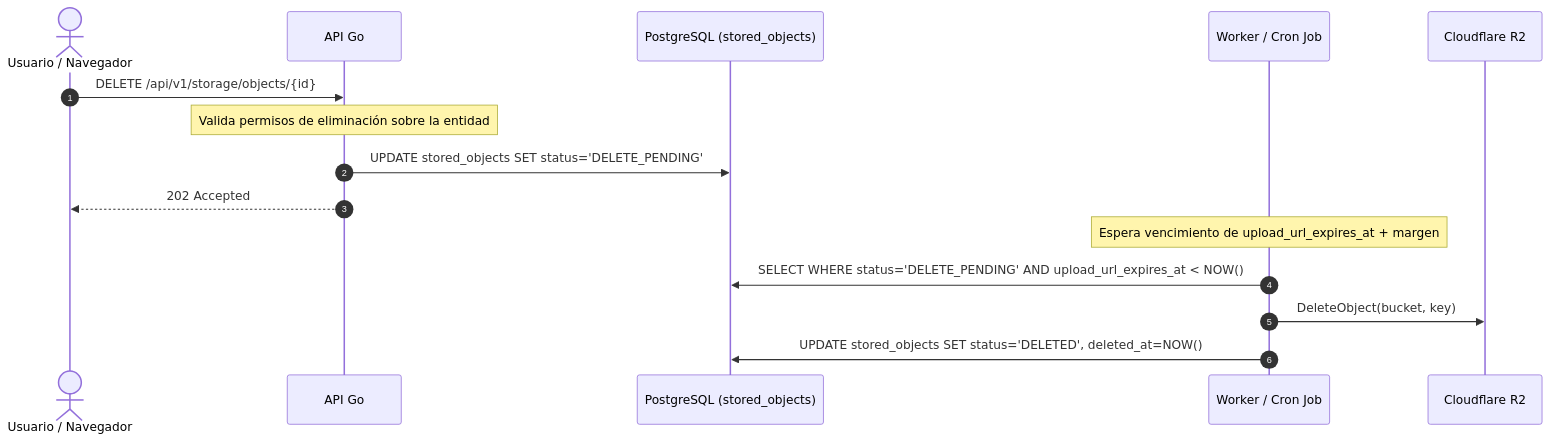
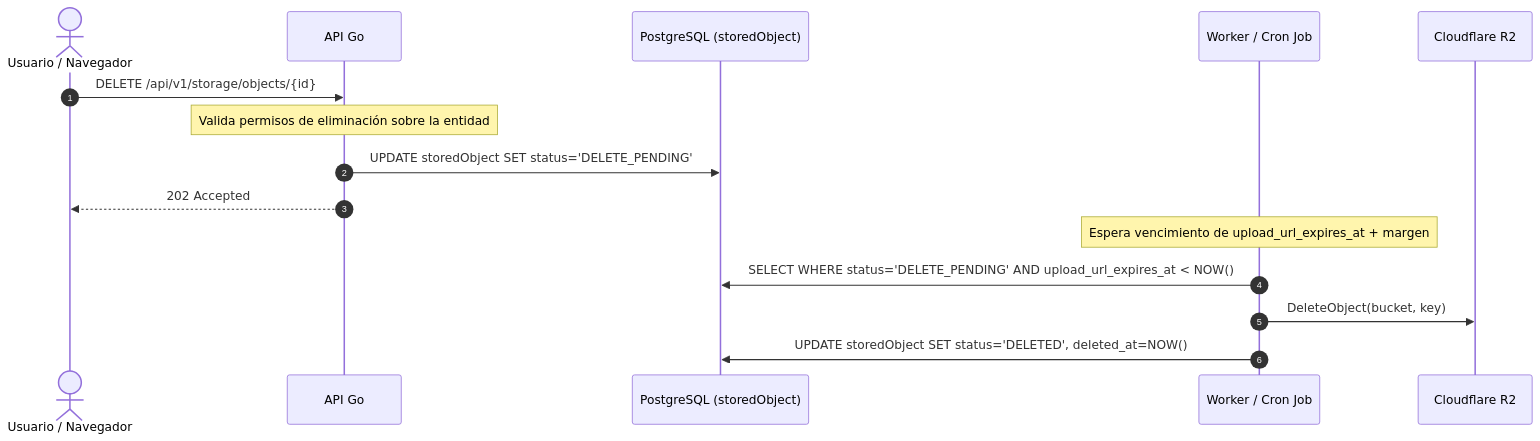
One commit to tallerdecalderas/technical-service-system changed the third of 3 diagrams in docs/ingeneri/storage.md. Above: the diagram before and after it, drawn with Mermaid. The commit also changed other lines of this file and 8 other files, not shown here.

````diff
--- a/docs/ingeneri/storage.md
+++ b/docs/ingeneri/storage.md
@@ -111,19 +111,19 @@
 ```mermaid
 sequenceDiagram
     autonumber
     actor U as Usuario / Navegador
     participant G as API Go
-    participant DB as PostgreSQL (stored_objects)
+    participant DB as PostgreSQL (storedObject)
     participant W as Worker / Cron Job
     participant R2 as Cloudflare R2
 
     U->>G: DELETE /api/v1/storage/objects/{id}
     Note over G: Valida permisos de eliminación sobre la entidad
-    G->>DB: UPDATE stored_objects SET status='DELETE_PENDING'
+    G->>DB: UPDATE storedObject SET status='DELETE_PENDING'
     G-->>U: 202 Accepted
 
     Note over W: Espera vencimiento de upload_url_expires_at + margen
     W->>DB: SELECT WHERE status='DELETE_PENDING' AND upload_url_expires_at < NOW()
     W->>R2: DeleteObject(bucket, key)
-    W->>DB: UPDATE stored_objects SET status='DELETED', deleted_at=NOW()
+    W->>DB: UPDATE storedObject SET status='DELETED', deleted_at=NOW()
 ```
````
